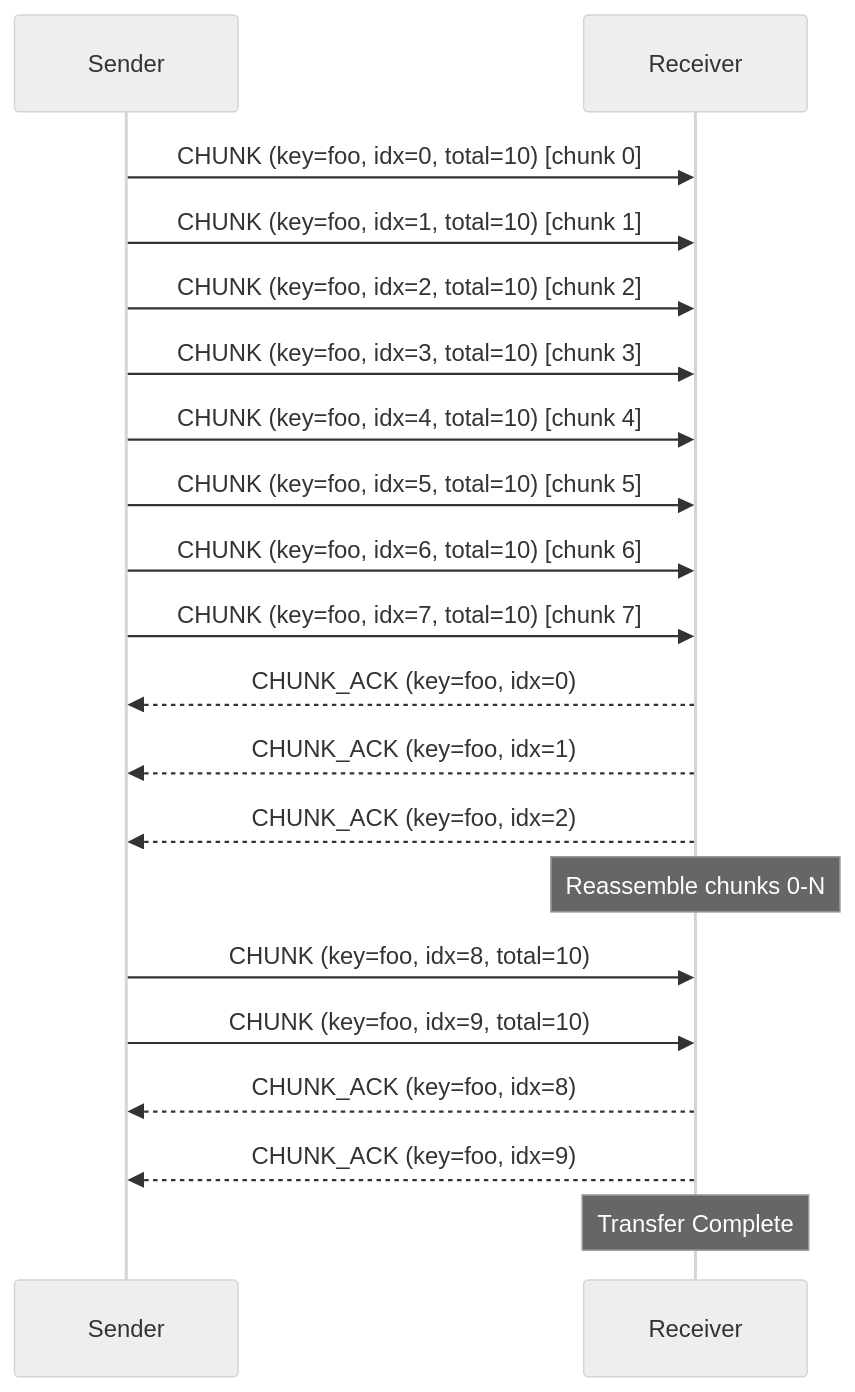
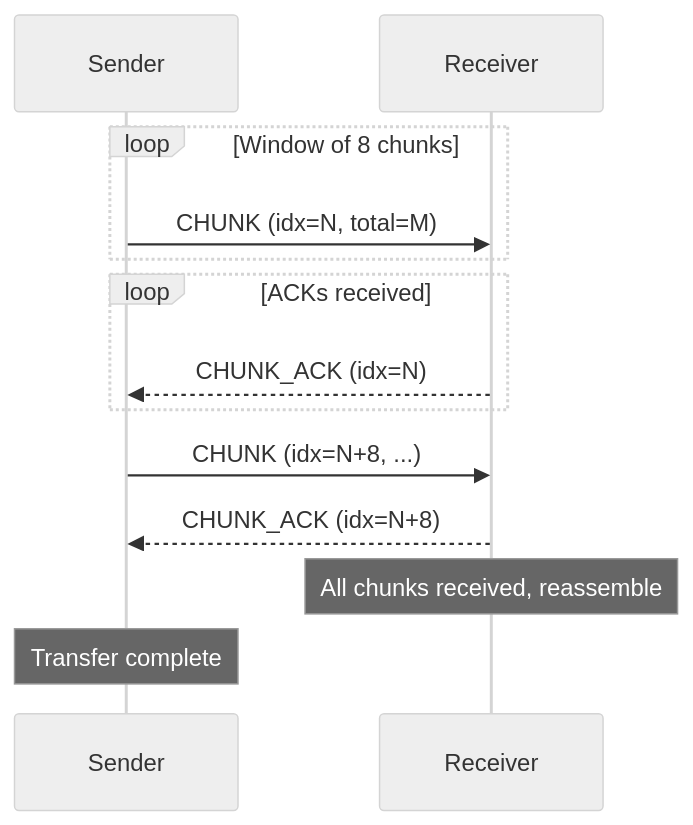
Before and after one commit to setowire-org/js-setowire: the sixth of 12 diagrams in SPEC.md, drawn with Mermaid (neutral theme). The commit also changed other lines of this file, not shown here.

````diff
--- a/SPEC.md
+++ b/SPEC.md
@@ -247,28 +410,19 @@
 ```mermaid
 sequenceDiagram
     participant S as Sender
     participant R as Receiver
     
-    S->>R: CHUNK (key=foo, idx=0, total=10) [chunk 0]
-    S->>R: CHUNK (key=foo, idx=1, total=10) [chunk 1]
-    S->>R: CHUNK (key=foo, idx=2, total=10) [chunk 2]
-    S->>R: CHUNK (key=foo, idx=3, total=10) [chunk 3]
-    S->>R: CHUNK (key=foo, idx=4, total=10) [chunk 4]
-    S->>R: CHUNK (key=foo, idx=5, total=10) [chunk 5]
-    S->>R: CHUNK (key=foo, idx=6, total=10) [chunk 6]
-    S->>R: CHUNK (key=foo, idx=7, total=10) [chunk 7]
+    loop Window of 8 chunks
+        S->>R: CHUNK (idx=N, total=M)
+    end
     
-    R-->>S: CHUNK_ACK (key=foo, idx=0)
-    R-->>S: CHUNK_ACK (key=foo, idx=1)
-    R-->>S: CHUNK_ACK (key=foo, idx=2)
+    loop ACKs received
+        R-->>S: CHUNK_ACK (idx=N)
+    end
     
-    Note over R: Reassemble chunks 0-N
+    S->>R: CHUNK (idx=N+8, ...)
+    R-->>S: CHUNK_ACK (idx=N+8)
     
-    S->>R: CHUNK (key=foo, idx=8, total=10)
-    S->>R: CHUNK (key=foo, idx=9, total=10)
-    
-    R-->>S: CHUNK_ACK (key=foo, idx=8)
-    R-->>S: CHUNK_ACK (key=foo, idx=9)
-    
-    Note over R: Transfer Complete
+    Note over R: All chunks received, reassemble
+    Note over S: Transfer complete
 ```
````
